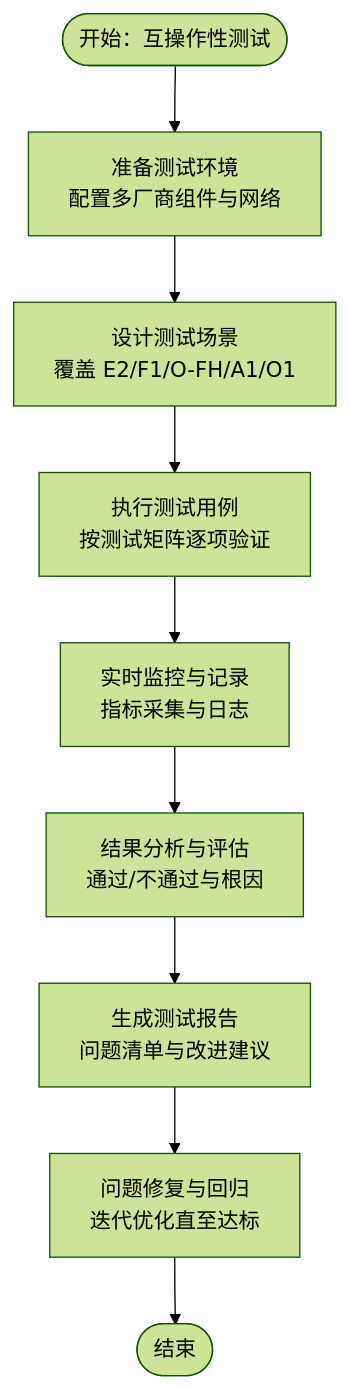
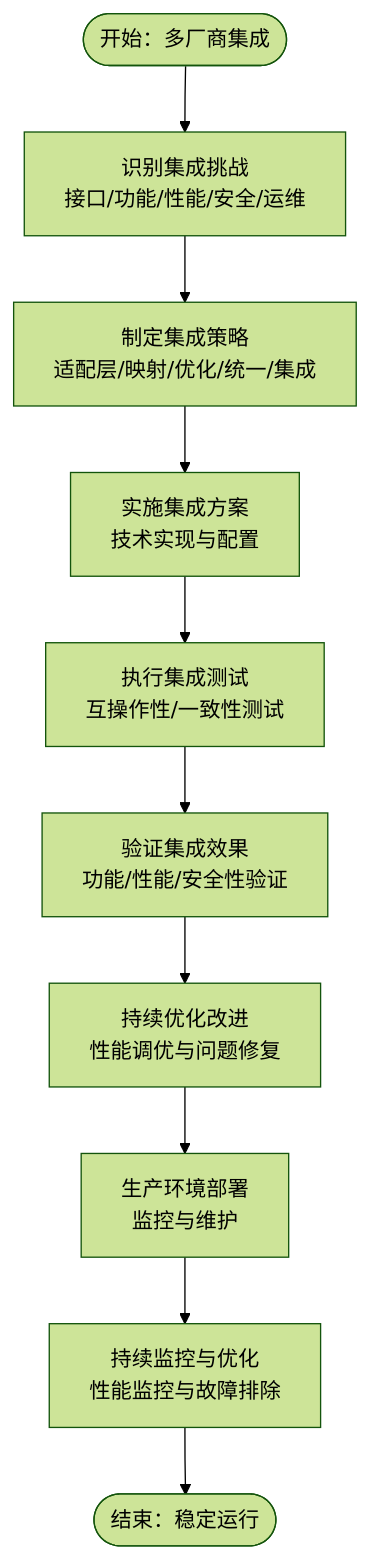
The third of 8 diagrams in .qoder/repowiki/zh/content/标准与合规/多厂商集成实践.md (allengaller/oran-database), drawn with Mermaid (forest theme) before and after one commit. The commit also changed other lines of this file and 32 other files, not shown here.

````diff
--- a/.qoder/repowiki/zh/content/标准与合规/多厂商集成实践.md
+++ b/.qoder/repowiki/zh/content/标准与合规/多厂商集成实践.md
@@ -143,11 +229,12 @@
 ```mermaid
 flowchart TD
-Start(["开始：互操作性测试"]) --> Setup["准备测试环境<br/>配置多厂商组件与网络"]
-Setup --> Scenarios["设计测试场景<br/>覆盖 E2/F1/O-FH/A1/O1"]
-Scenarios --> Execute["执行测试用例<br/>按测试矩阵逐项验证"]
-Execute --> Monitor["实时监控与记录<br/>指标采集与日志"]
-Monitor --> Analyze["结果分析与评估<br/>通过/不通过与根因"]
-Analyze --> Report["生成测试报告<br/>问题清单与改进建议"]
-Report --> Iterate["问题修复与回归<br/>迭代优化直至达标"]
-Iterate --> End(["结束"])
+Start(["开始：多厂商集成"]) --> Challenge["识别集成挑战<br/>接口/功能/性能/安全/运维"]
+Challenge --> Strategy["制定集成策略<br/>适配层/映射/优化/统一/集成"]
+Strategy --> Implementation["实施集成方案<br/>技术实现与配置"]
+Implementation --> Testing["执行集成测试<br/>互操作性/一致性测试"]
+Testing --> Validation["验证集成效果<br/>功能/性能/安全性验证"]
+Validation --> Optimization["持续优化改进<br/>性能调优与问题修复"]
+Optimization --> Production["生产环境部署<br/>监控与维护"]
+Production --> Monitor["持续监控与优化<br/>性能监控与故障排除"]
+Monitor --> End(["结束：稳定运行"])
 ```
````
